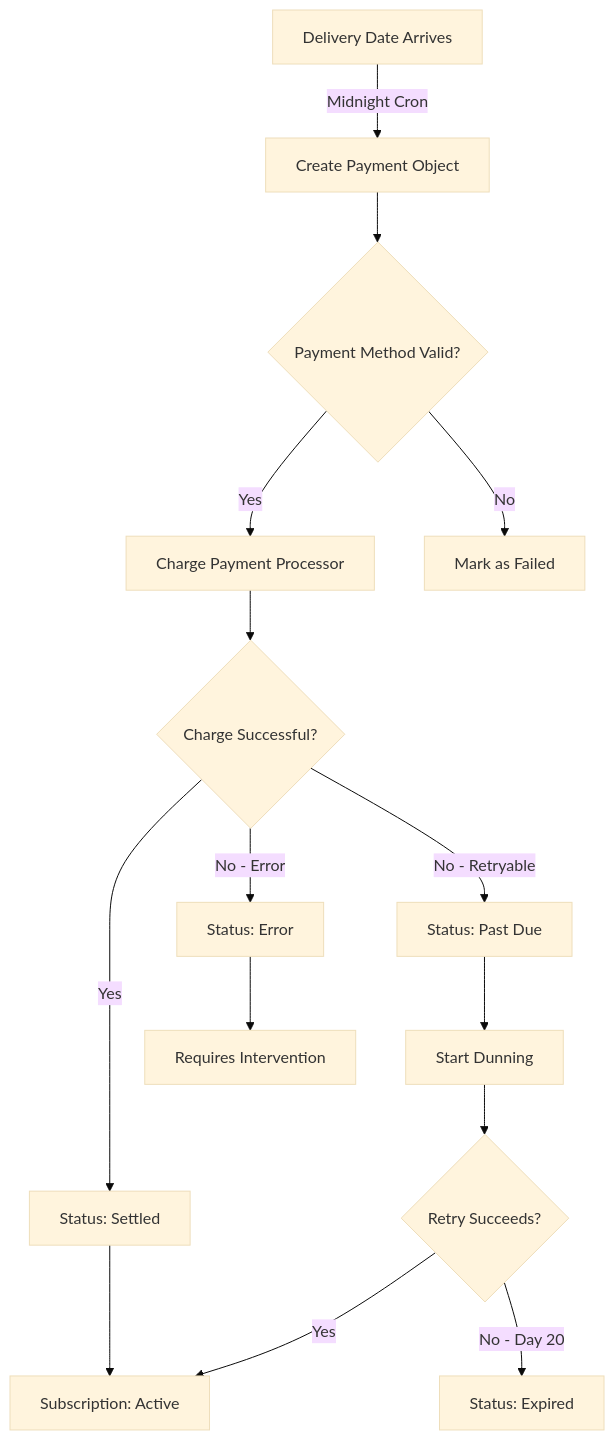
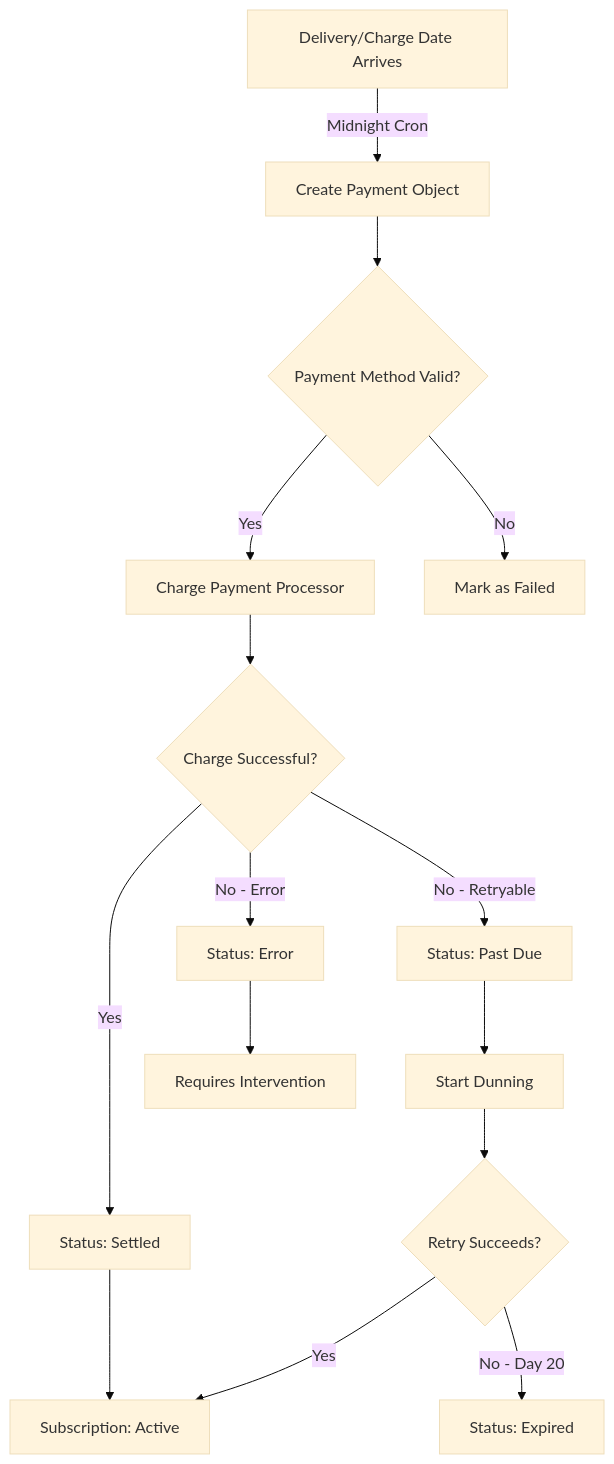
The first of 2 diagrams in concepts/recurring-payments.mdx (getjourney-io/docs), drawn with Mermaid (base theme) before and after one commit. The commit also changed other lines of this file, not shown here.

````diff
--- a/concepts/recurring-payments.mdx
+++ b/concepts/recurring-payments.mdx
@@ -46,17 +46,17 @@
 ```mermaid
 graph TD
-    A[Delivery Date Arrives] -->|Midnight Cron| B[Create Payment Object]
+    A[Delivery/Charge Date Arrives] -->|Midnight Cron| B[Create Payment Object]
     B --> C{Payment Method Valid?}
     C -->|Yes| D[Charge Payment Processor]
     C -->|No| E[Mark as Failed]
     D --> F{Charge Successful?}
     F -->|Yes| G[Status: Settled]
     F -->|No - Retryable| H[Status: Past Due]
     F -->|No - Error| I[Status: Error]
     G --> J[Subscription: Active]
     H --> K[Start Dunning]
     I --> L[Requires Intervention]
     K --> M{Retry Succeeds?}
     M -->|Yes| J
     M -->|No - Day 20| N[Status: Expired]
 ```
````
